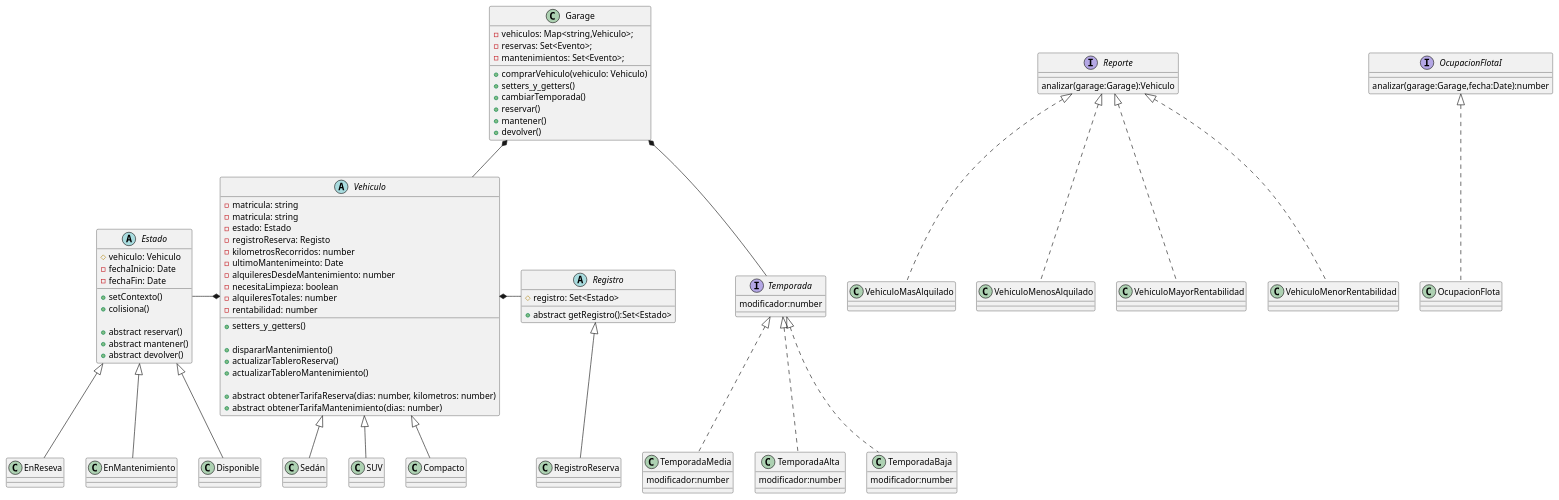
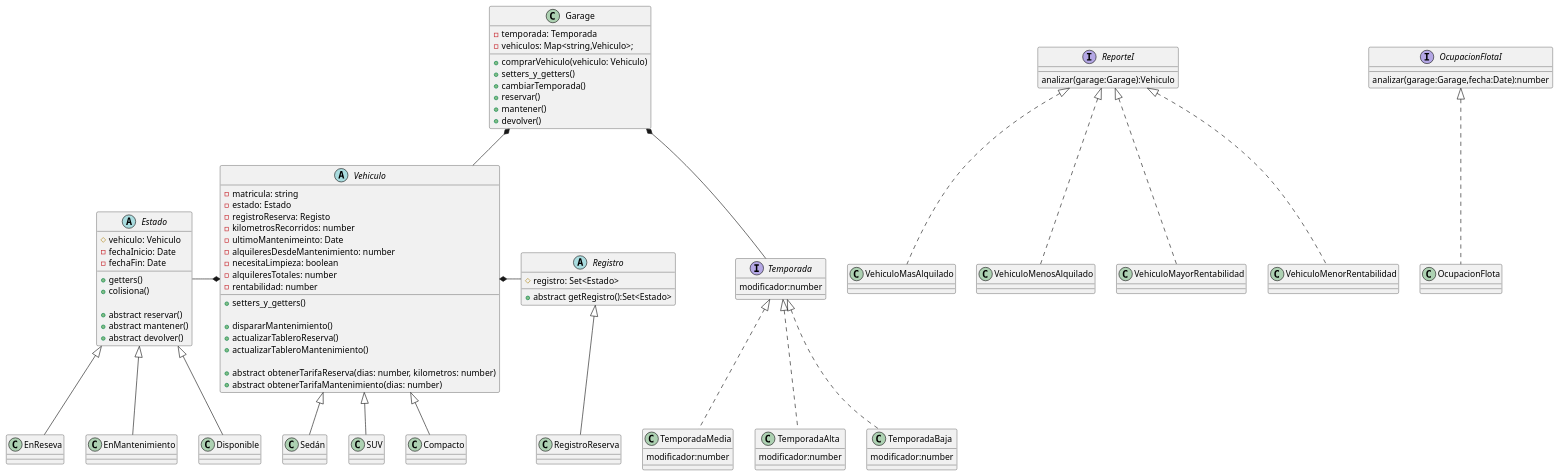
Before and after one commit to AlejoSuarez-37/Trabajo-Practico-Grupo16: the diagram in diagramas/clases/clases.puml, drawn with PlantUML. The commit also changed 4 other files, not shown here.

```diff
--- a/diagramas/clases/clases.puml
+++ b/diagramas/clases/clases.puml
@@ -1,121 +1,106 @@
 @startuml Diagrama de clases
 class Garage {
+    - temporada: Temporada
     - vehiculos: Map<string,Vehiculo>;
-    - reservas: Set<Evento>;
-    - mantenimientos: Set<Evento>;
     
     + comprarVehiculo(vehiculo: Vehiculo)
     + setters_y_getters()
     + cambiarTemporada()
     + reservar()
     + mantener()
     + devolver()
 }
 
 abstract class Vehiculo {
-    - matricula: string
     - matricula: string
     - estado: Estado
     - registroReserva: Registo
     - kilometrosRecorridos: number
     - ultimoMantenimeinto: Date
     - alquileresDesdeMantenimiento: number
     - necesitaLimpieza: boolean
     - alquileresTotales: number
     - rentabilidad: number
 
     + setters_y_getters()
 
     + dispararMantenimiento()
     + actualizarTableroReserva()
     + actualizarTableroMantenimiento()
 
     + abstract obtenerTarifaReserva(dias: number, kilometros: number)
     + abstract obtenerTarifaMantenimiento(dias: number)
 }
-class Compacto {
-
-}
-class Sedán {
-
-}
-class SUV {
-
-}
+class Compacto {}
+class Sedán {}
+class SUV {}
 
 abstract class Estado{
     # vehiculo: Vehiculo
     - fechaInicio: Date
     - fechaFin: Date
 
-    + setContexto()
+    + getters()
     + colisiona()
 
     + abstract reservar()
     + abstract mantener()
     + abstract devolver()
 }
-class Disponible {
-
-}
-class EnReseva {
-
-}
-class EnMantenimiento {
-
-}
+class Disponible {}
+class EnReseva {}
+class EnMantenimiento {}
 
 abstract class Registro {
     # registro: Set<Estado>
     + abstract getRegistro():Set<Estado>
 }
-class RegistroReserva {}
+class RegistroReserva extends Registro{}
 
-interface Reporte {
+interface ReporteI {
     analizar(garage:Garage):Vehiculo
 }
-class VehiculoMasAlquilado implements Reporte {}
-class VehiculoMenosAlquilado implements Reporte {}
-class VehiculoMayorRentabilidad implements Reporte {}
-class VehiculoMenorRentabilidad implements Reporte {}
+class VehiculoMasAlquilado implements ReporteI {}
+class VehiculoMenosAlquilado implements ReporteI {}
+class VehiculoMayorRentabilidad implements ReporteI {}
+class VehiculoMenorRentabilidad implements ReporteI {}
 
 interface OcupacionFlotaI {
     analizar(garage:Garage,fecha:Date):number
 }
 class OcupacionFlota implements OcupacionFlotaI {}
 
 
 interface Temporada {
     modificador:number
 }
 class TemporadaBaja implements Temporada{
     modificador:number
 }
 class TemporadaMedia implements Temporada{
     modificador:number  
 }
 class TemporadaAlta implements Temporada{
     modificador:number
 }
 
 
 ' Relaciones
 
 
 Garage *-d- Vehiculo
 Garage *-- Temporada
 
 Vehiculo <|-- Compacto
 Vehiculo <|-- Sedán
 Vehiculo <|-- SUV
 
 Vehiculo *-l- Estado
 Vehiculo *-r- Registro
 
 Estado <|-- Disponible
 Estado <|-- EnReseva
 Estado <|-- EnMantenimiento
 
-Registro <|-- RegistroReserva
 
 @enduml
```
